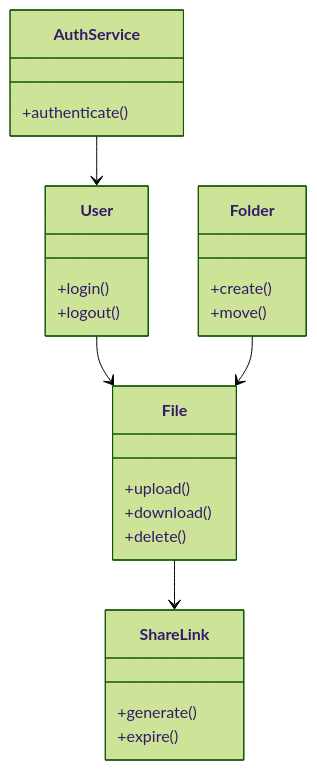
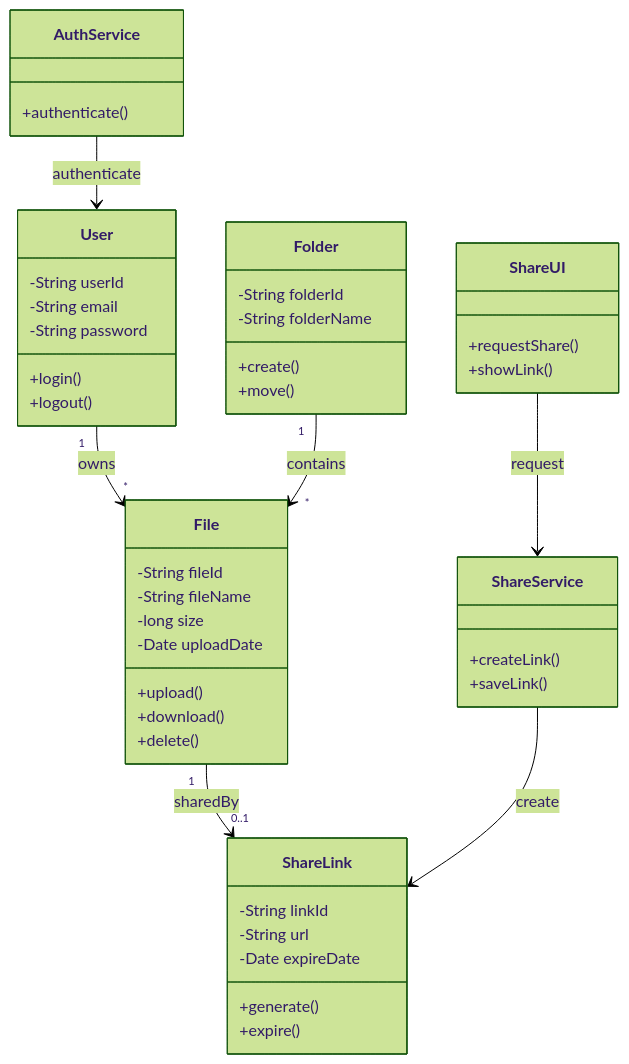
One commit to min12387/se changed the second of 4 diagrams in doc/requirement_analysis.md. Above: the diagram before and after it, drawn with Mermaid (forest theme). The commit also changed other lines of this file, not shown here.

````diff
--- a/doc/requirement_analysis.md
+++ b/doc/requirement_analysis.md
@@ -91,33 +122,57 @@
 ```mermaid
 classDiagram
 
     class User {
+        -String userId
+        -String email
+        -String password
         +login()
         +logout()
     }
 
     class File {
+        -String fileId
+        -String fileName
+        -long size
+        -Date uploadDate
         +upload()
         +download()
         +delete()
     }
 
     class Folder {
+        -String folderId
+        -String folderName
         +create()
         +move()
     }
 
     class ShareLink {
+        -String linkId
+        -String url
+        -Date expireDate
         +generate()
         +expire()
     }
 
     class AuthService {
         +authenticate()
     }
 
-    User --> File
-    Folder --> File
-    File --> ShareLink
-    AuthService --> User
+    class ShareService {
+        +createLink()
+        +saveLink()
+    }
+
+    class ShareUI {
+        +requestShare()
+        +showLink()
+    }
+
+    User "1" --> "*" File : owns
+    Folder "1" --> "*" File : contains
+    File "1" --> "0..1" ShareLink : sharedBy
+    AuthService --> User : authenticate
+    ShareService --> ShareLink : create
+    ShareUI --> ShareService : request
 ```
````
